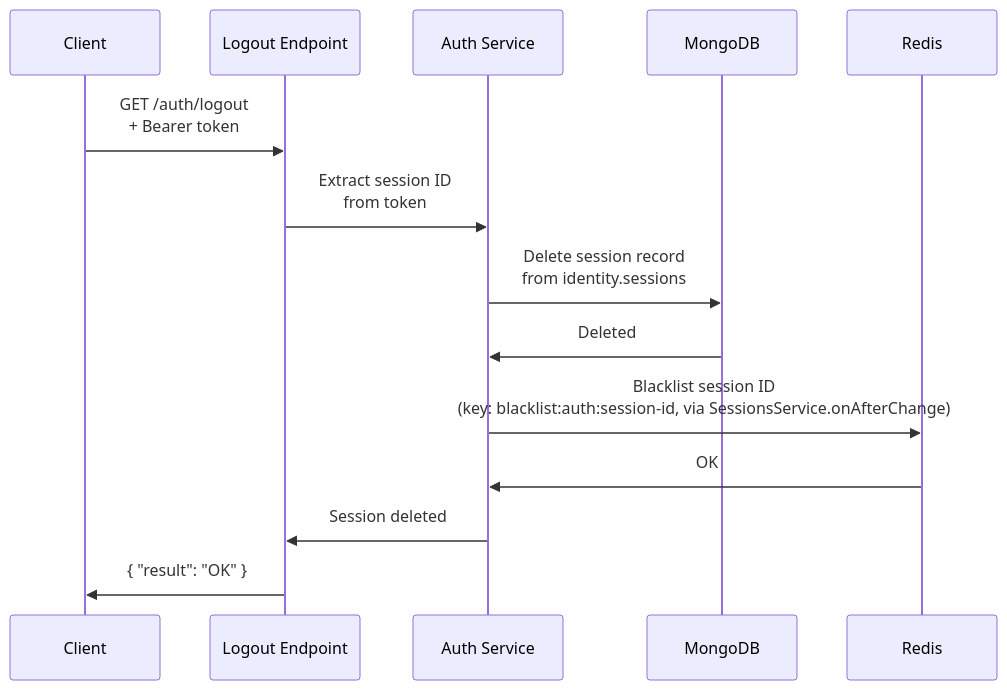
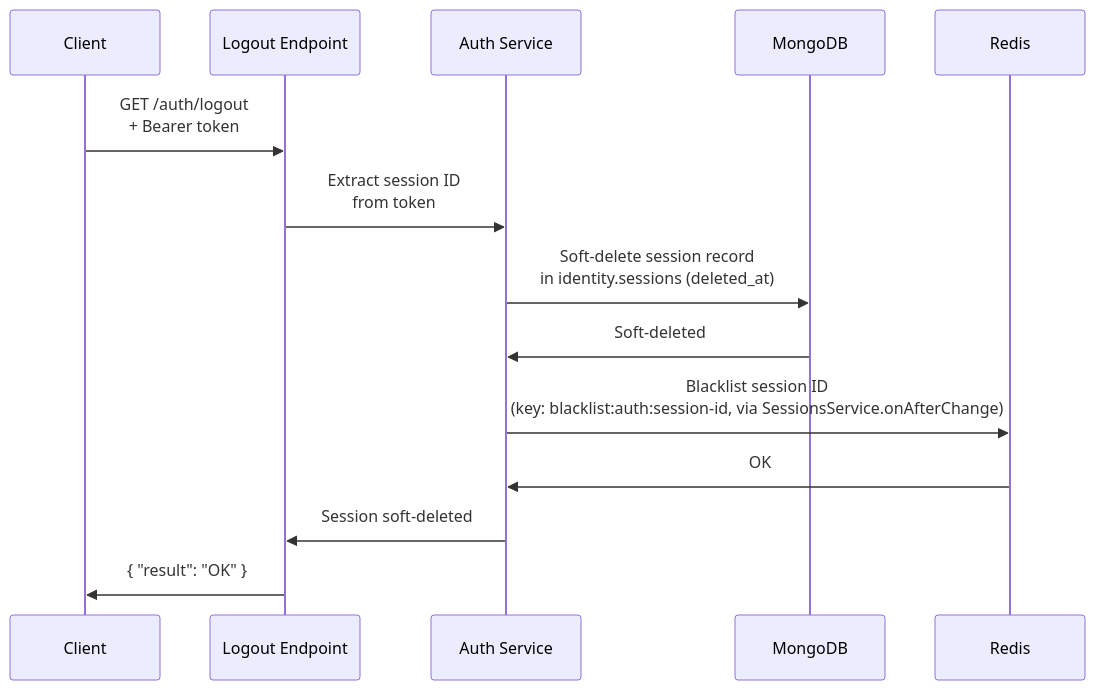
Before and after one commit to wenex-org/platform-docs: the second of 2 diagrams in api/authentication.md, drawn with Mermaid. The commit also changed other lines of this file and 22 other files, not shown here.

````diff
--- a/api/authentication.md
+++ b/api/authentication.md
@@ -263,13 +263,13 @@
 ```mermaid
 sequenceDiagram
     accTitle: Logout flow
-    accDescr: GET /auth/logout extracts the session ID from the bearer token, the auth service deletes the session record from MongoDB and blacklists the session ID in Redis, and the client receives OK.
+    accDescr: GET /auth/logout extracts the session ID from the bearer token, the auth service soft-deletes the session record in MongoDB (stamping deleted_at) and blacklists the session ID in Redis, and the client receives OK.
     Client->>Logout Endpoint: GET /auth/logout<br/>+ Bearer token
     Logout Endpoint->>Auth Service: Extract session ID<br/>from token
-    Auth Service->>MongoDB: Delete session record<br/>from identity.sessions
-    MongoDB->>Auth Service: Deleted
+    Auth Service->>MongoDB: Soft-delete session record<br/>in identity.sessions (deleted_at)
+    MongoDB->>Auth Service: Soft-deleted
     Auth Service->>Redis: Blacklist session ID<br/>(key: blacklist:auth:session-id, via SessionsService.onAfterChange)
     Redis->>Auth Service: OK
-    Auth Service->>Logout Endpoint: Session deleted
+    Auth Service->>Logout Endpoint: Session soft-deleted
     Logout Endpoint->>Client: { "result": "OK" }
 ```
````
